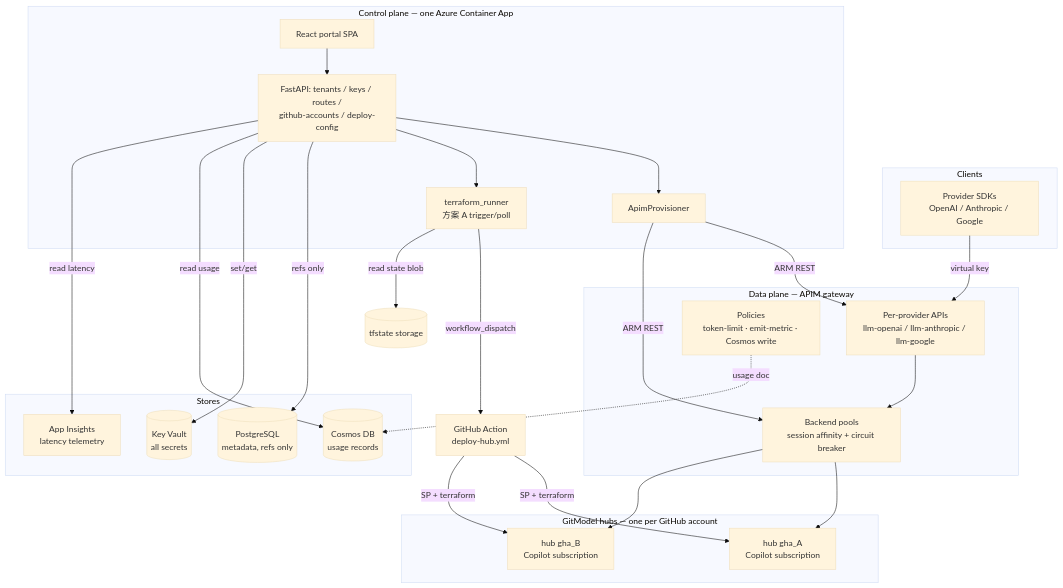
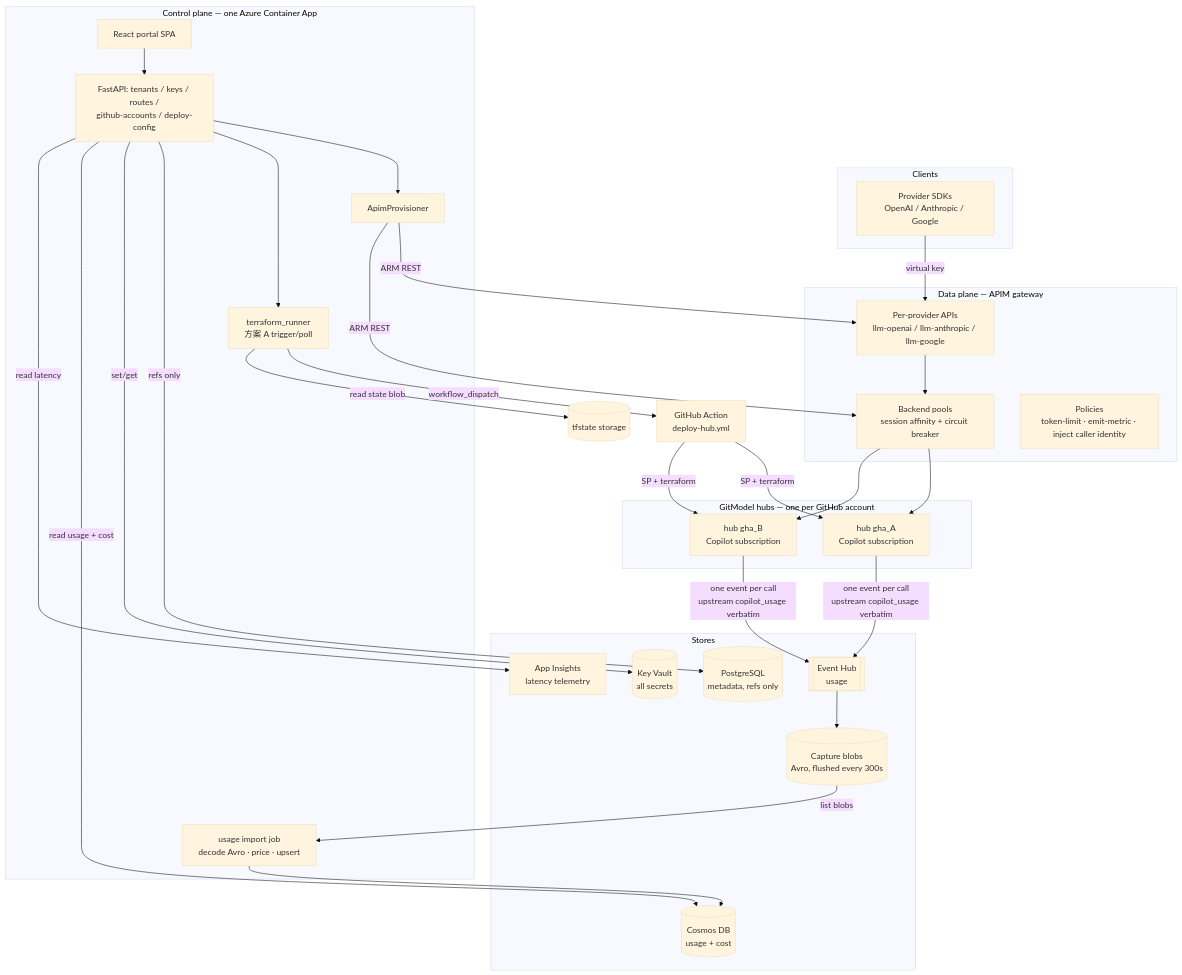
Before and after one commit to Nick287/TokenFoundry: the diagram in README.md, drawn with Mermaid (base theme). The commit also changed other lines of this file and 2 other files, not shown here.

````diff
--- a/README.md
+++ b/README.md
@@ -18,42 +18,46 @@
 ```mermaid
 flowchart TB
     subgraph client[Clients]
         SDK[Provider SDKs<br/>OpenAI / Anthropic / Google]
     end
 
     subgraph dataplane[Data plane — APIM gateway]
         API[Per-provider APIs<br/>llm-openai / llm-anthropic / llm-google]
         POOL[Backend pools<br/>session affinity + circuit breaker]
-        POL[Policies<br/>token-limit · emit-metric · Cosmos write]
+        POL[Policies<br/>token-limit · emit-metric · inject caller identity]
     end
 
     subgraph hubs[GitModel hubs — one per GitHub account]
         H1[hub gha_A<br/>Copilot subscription]
         H2[hub gha_B<br/>Copilot subscription]
     end
 
     subgraph ctrl[Control plane — one Azure Container App]
         PORTAL[React portal SPA]
         APISRV[FastAPI: tenants / keys / routes /<br/>github-accounts / deploy-config]
         PROV[ApimProvisioner]
         TRUN[terraform_runner<br/>方案 A trigger/poll]
+        IMP[usage import job<br/>decode Avro · price · upsert]
     end
 
     subgraph stores[Stores]
         KV[(Key Vault<br/>all secrets)]
         PG[(PostgreSQL<br/>metadata, refs only)]
-        COS[(Cosmos DB<br/>usage records)]
+        EH[[Event Hub<br/>usage]]
+        CAP[(Capture blobs<br/>Avro, flushed every 300s)]
+        COS[(Cosmos DB<br/>usage + cost)]
         INS[App Insights<br/>latency telemetry]
     end
 
     SDK -->|virtual key| API --> POOL --> H1 & H2
-    POL -.usage doc.-> COS
+    H1 & H2 -->|one event per call<br/>upstream copilot_usage verbatim| EH --> CAP
+    CAP -->|list blobs| IMP --> COS
     PORTAL --> APISRV --> PROV -->|ARM REST| API & POOL
     APISRV --> TRUN -->|workflow_dispatch| GHA[GitHub Action<br/>deploy-hub.yml]
     GHA -->|SP + terraform| H1 & H2
     APISRV -->|refs only| PG
     APISRV -->|set/get| KV
-    APISRV -->|read usage| COS
+    APISRV -->|read usage + cost| COS
     APISRV -->|read latency| INS
     TRUN -->|read state blob| TFSTATE[(tfstate storage)]
 ```
````
